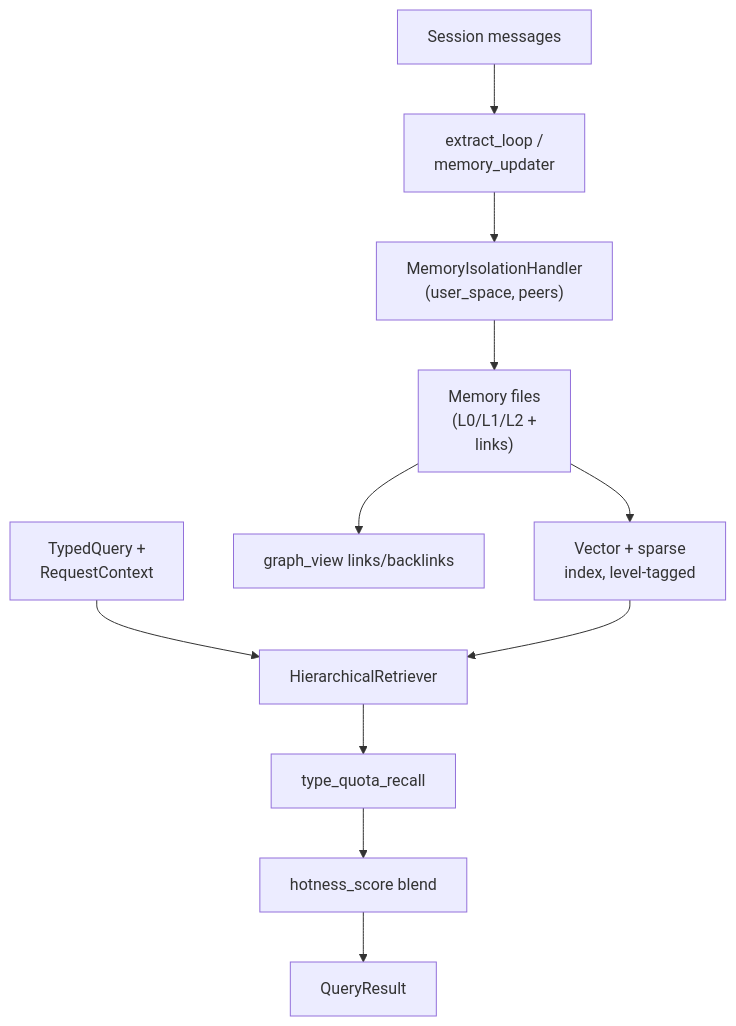
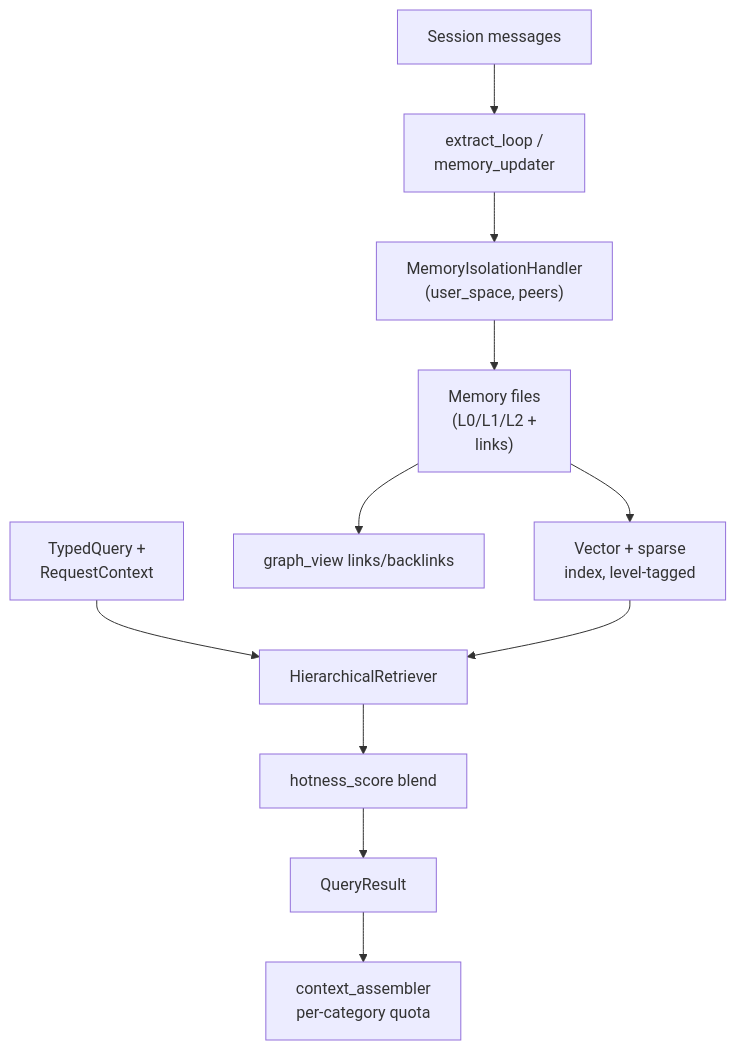
One commit to neoneye/agent-memory-atlas changed the second of 2 diagrams in content/systems/openviking.md. Above: the diagram before and after it, drawn with Mermaid. The commit also changed other lines of this file and 99 other files, not shown here.

````diff
--- a/content/systems/openviking.md
+++ b/content/systems/openviking.md
@@ -115,14 +116,14 @@
 ```mermaid
 %% caption: extraction passes through an isolation handler before files are written, and the level tags it assigns are what the retriever filters on
 flowchart TD
   Sessions["Session messages"] --> Extract["extract_loop /<br/>memory_updater"]
   Extract --> Isolation["MemoryIsolationHandler<br/>(user_space, peers)"]
   Isolation --> Files["Memory files<br/>(L0/L1/L2 +<br/>links)"]
   Files --> Index["Vector + sparse<br/>index, level-tagged"]
   Files --> Graph["graph_view links/backlinks"]
   Query["TypedQuery +<br/>RequestContext"] --> HR["HierarchicalRetriever"]
   Index --> HR
-  HR --> Quota["type_quota_recall"]
-  Quota --> Hot["hotness_score blend"]
+  HR --> Hot["hotness_score blend"]
   Hot --> Result["QueryResult"]
+  Result --> Quota["context_assembler<br/>per-category quota"]
 ```
````
